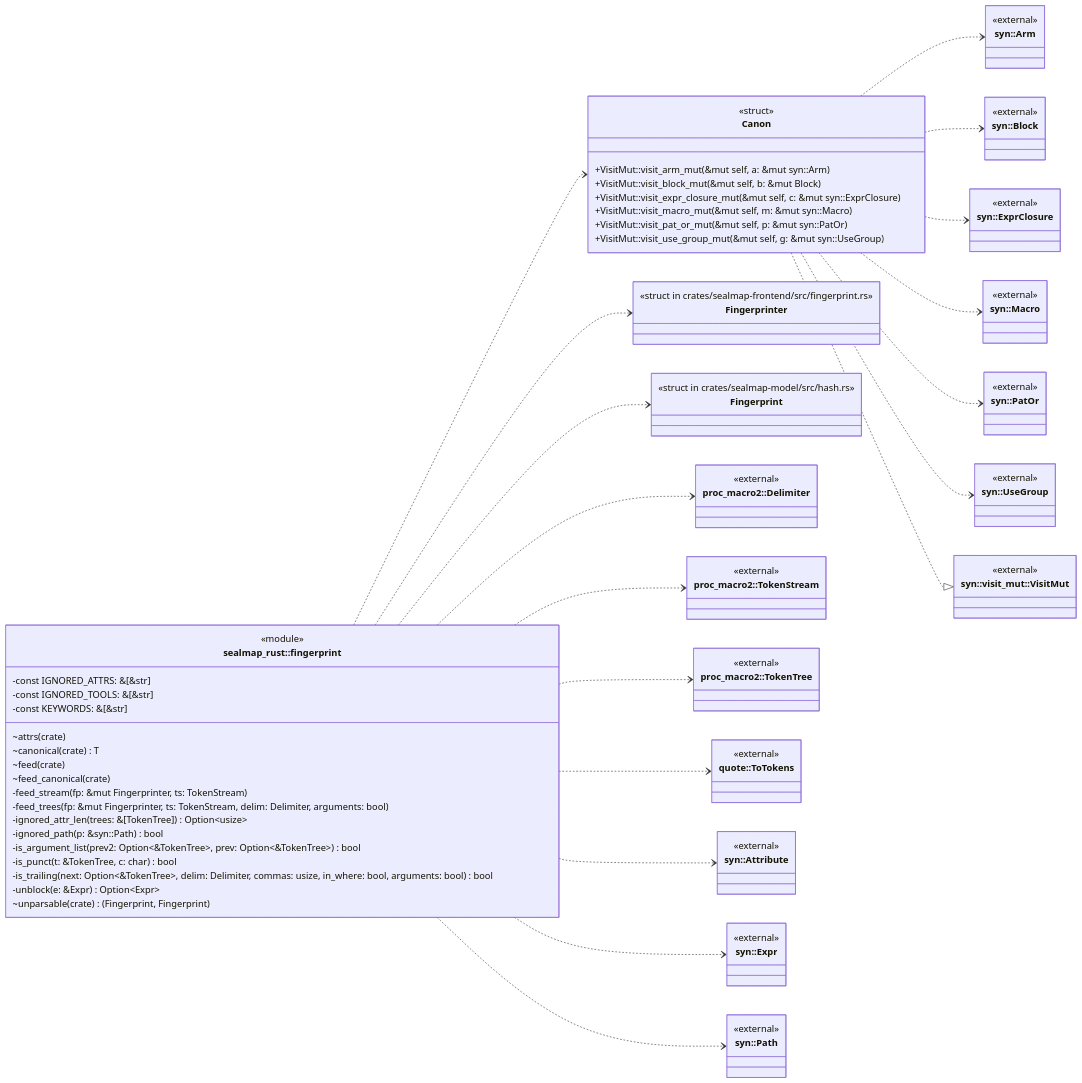
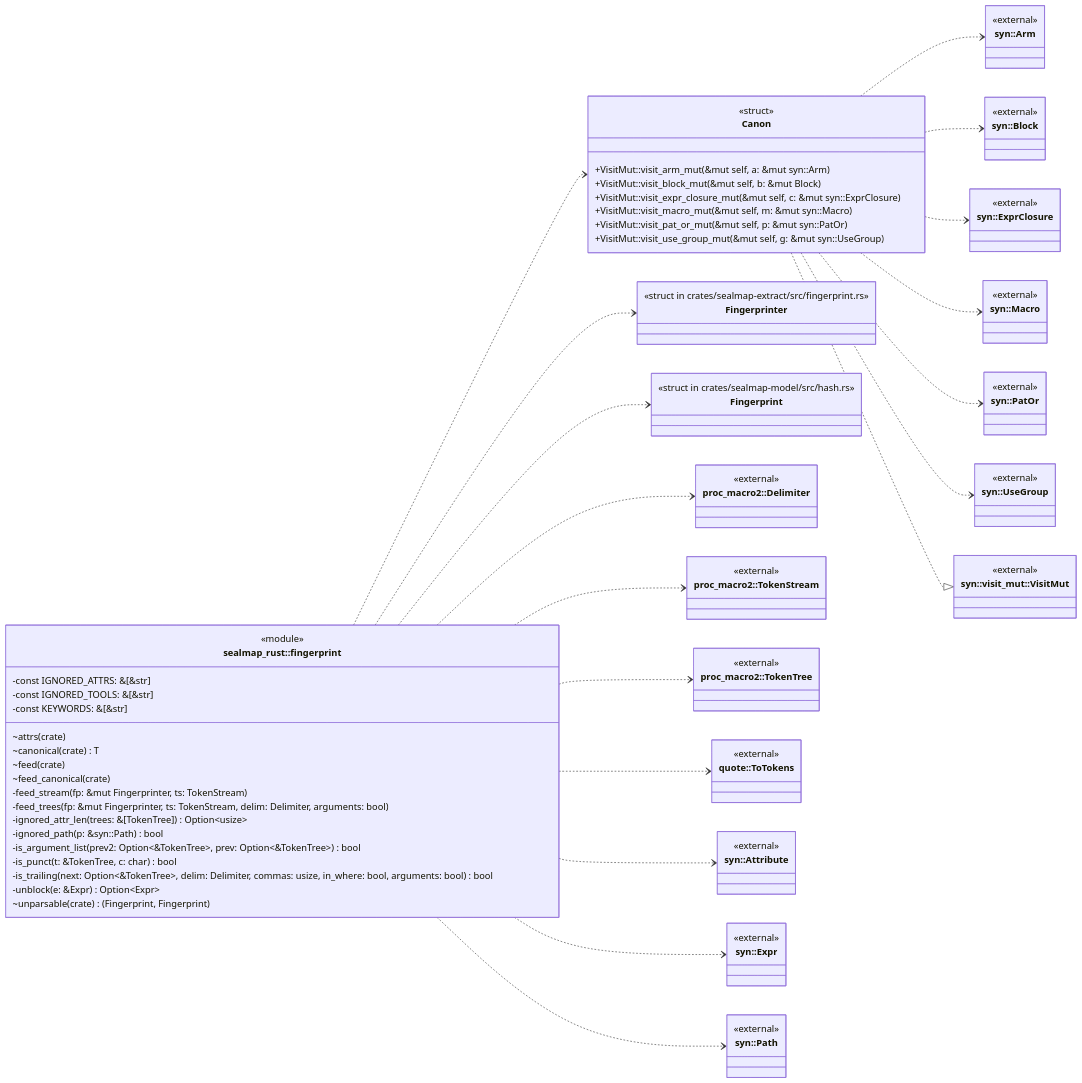
Before and after one commit to DreamLab-AI/codemaid: the first of 16 diagrams in docs/sealmap/crates/sealmap-rust/src/fingerprint.rs.md, drawn with Mermaid. The commit also changed other lines of this file and 29 other files, not shown here.

```diff
--- a/docs/sealmap/crates/sealmap-rust/src/fingerprint.rs.md
+++ b/docs/sealmap/crates/sealmap-rust/src/fingerprint.rs.md
@@ -42,8 +42,8 @@
     -unblock(e: &Expr) Option#lt;Expr#gt;
     ~unparsable(crate) #40;Fingerprint, Fingerprint#41;
   }
-  class sealmap_frontend__fingerprint___tFingerprinter["Fingerprinter"] {
-    <<struct in crates/sealmap-frontend/src/fingerprint.rs>>
+  class sealmap_extract__fingerprint___tFingerprinter["Fingerprinter"] {
+    <<struct in crates/sealmap-extract/src/fingerprint.rs>>
   }
   class sealmap_model__hash___tFingerprint["Fingerprint"] {
     <<struct in crates/sealmap-model/src/hash.rs>>
@@ -90,7 +90,7 @@
   class _syn__visit_mut__VisitMut["syn::visit_mut::VisitMut"] {
     <<external>>
   }
-  sealmap_rust__fingerprint ..> sealmap_frontend__fingerprint___tFingerprinter
+  sealmap_rust__fingerprint ..> sealmap_extract__fingerprint___tFingerprinter
   sealmap_rust__fingerprint ..> sealmap_model__hash___tFingerprint
   sealmap_rust__fingerprint ..> sealmap_rust__fingerprint___tCanon
   sealmap_rust__fingerprint ..> _proc_macro2__Delimiter
```
